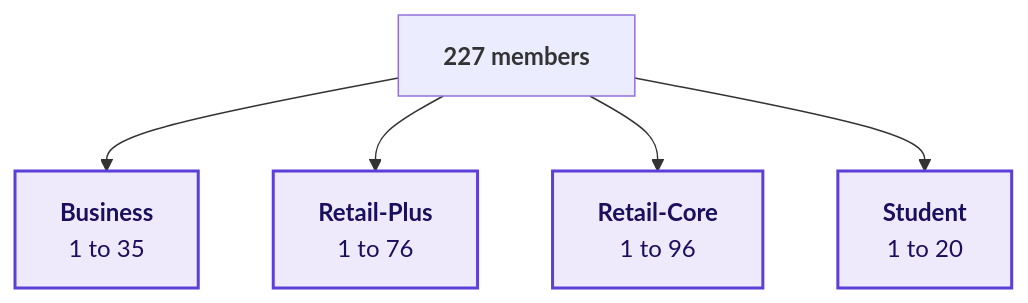
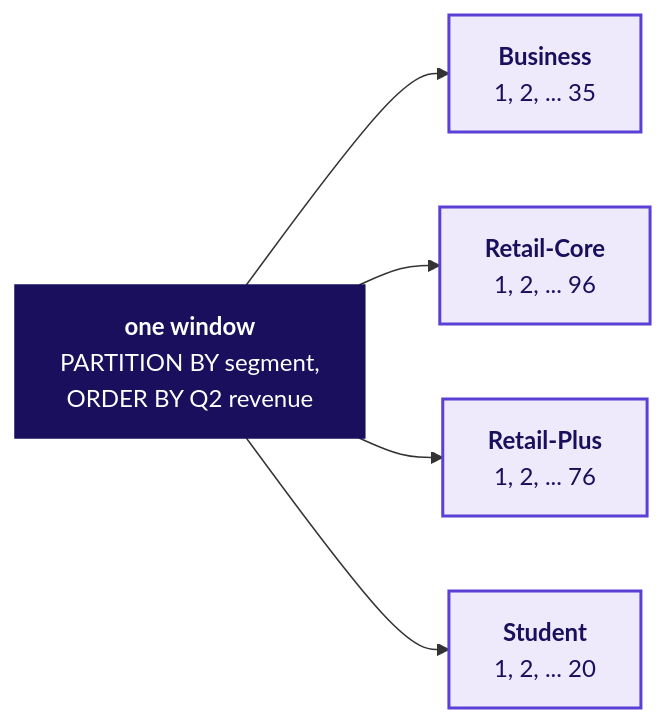
One commit to fde-academy-lab/c2-content-factory changed the eighth of 20 diagrams in content/W02/D3/slides/C2_W02_D03_half1_STUDENT.md. Above: the diagram before and after it, drawn with Mermaid. The commit also changed other lines of this file and 3 other files, not shown here.

````diff
--- a/content/W02/D3/slides/C2_W02_D03_half1_STUDENT.md
+++ b/content/W02/D3/slides/C2_W02_D03_half1_STUDENT.md
@@ -292,9 +548,11 @@
 ```mermaid
-flowchart TB
-    Q["<b>227 members</b>"] --> B["<b>Business</b><br/>1 to 35"]
-    Q --> P["<b>Retail-Plus</b><br/>1 to 76"]
-    Q --> C["<b>Retail-Core</b><br/>1 to 96"]
-    Q --> S["<b>Student</b><br/>1 to 20"]
+flowchart LR
+    W["<b>one window</b><br/>PARTITION BY segment,<br/>ORDER BY Q2 revenue"] --> B["<b>Business</b><br/>1, 2, ... 35"]
+    W --> C["<b>Retail-Core</b><br/>1, 2, ... 96"]
+    W --> P["<b>Retail-Plus</b><br/>1, 2, ... 76"]
+    W --> S["<b>Student</b><br/>1, 2, ... 20"]
+    classDef bet fill:#1A0F5C,stroke:#1A0F5C,color:#FFFFFF
     classDef known fill:#EEEAFB,stroke:#5B3FD6,color:#1A0F5C,stroke-width:2px
-    class B,P,C,S known
+    class W bet
+    class B,C,P,S known
 ```
````
